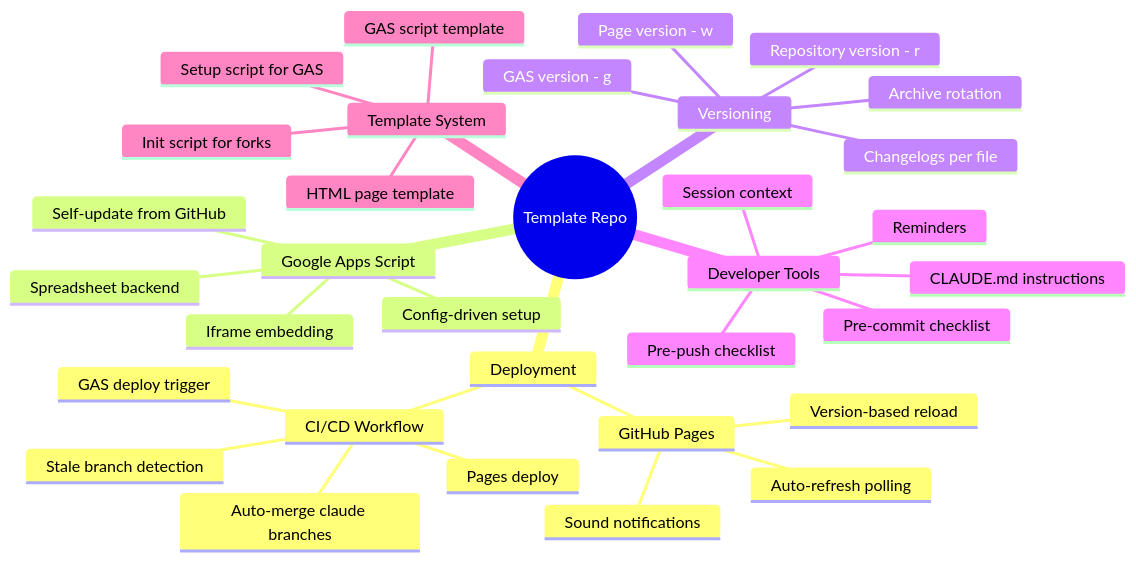
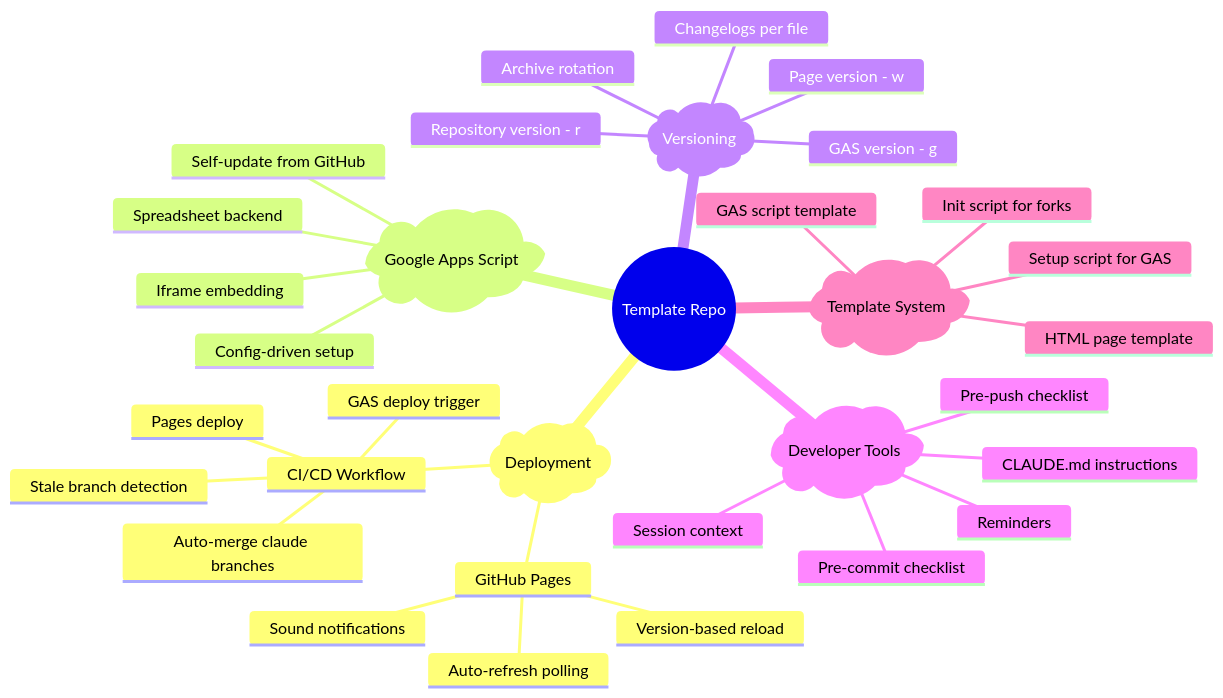
One commit to ShadowAISolutions/saistemplateprojectrepo changed the fifth of 7 diagrams in repository-information/ARCHITECTURE.md. Above: the diagram before and after it, drawn with Mermaid. The commit also changed other lines of this file and 3 other files, not shown here.

First line of the commit message:
v01.65r Fix Sequence diagram link and Mindmap dark-mode readability

````diff
--- a/repository-information/ARCHITECTURE.md
+++ b/repository-information/ARCHITECTURE.md
@@ -315,36 +315,36 @@
 ```mermaid
 mindmap
     root((Template Repo))
-        Deployment
+        )Deployment(
             GitHub Pages
                 Auto-refresh polling
                 Version-based reload
                 Sound notifications
             CI/CD Workflow
                 Auto-merge claude branches
                 Stale branch detection
                 Pages deploy
                 GAS deploy trigger
-        Google Apps Script
+        )Google Apps Script(
             Self-update from GitHub
             Config-driven setup
             Spreadsheet backend
             Iframe embedding
-        Versioning
+        )Versioning(
             Repository version - r
             Page version - w
             GAS version - g
             Changelogs per file
             Archive rotation
-        Developer Tools
+        )Developer Tools(
             CLAUDE.md instructions
             Pre-commit checklist
             Pre-push checklist
             Session context
             Reminders
-        Template System
+        )Template System(
             HTML page template
             GAS script template
             Init script for forks
             Setup script for GAS
 ```
````
